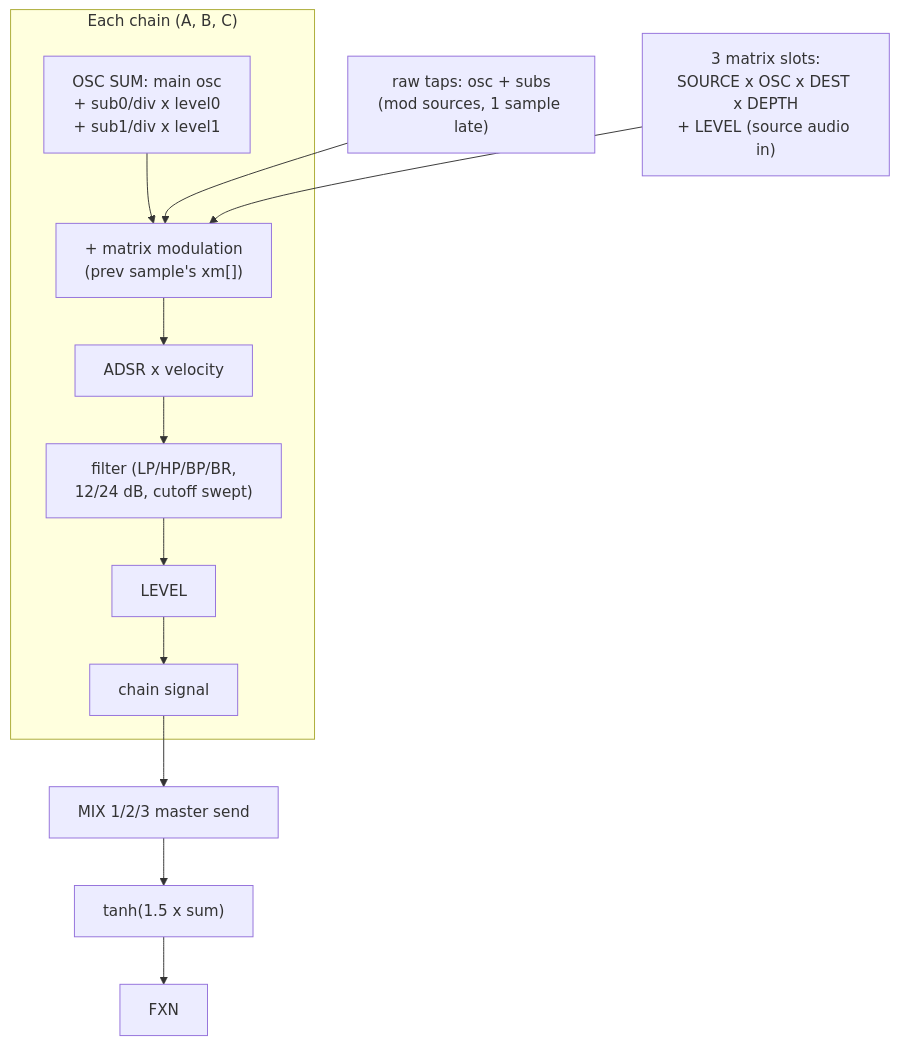
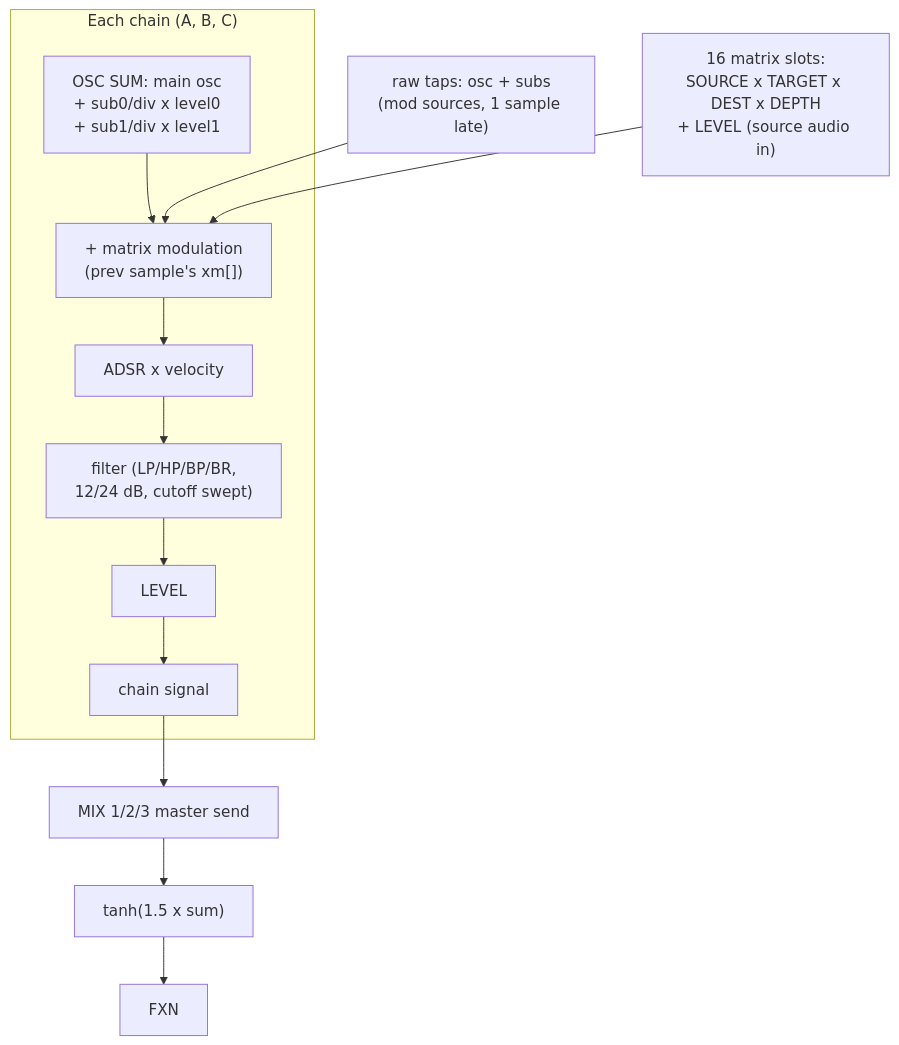
Before and after one commit to Ophis-Works/ophis-drone: the second of 2 diagrams in ARCHITECTURE.md, drawn with Mermaid. The commit also changed other lines of this file and 6 other files, not shown here.

Commit message:
Document the 16-slot matrix and the active-only preset format

````diff
--- a/ARCHITECTURE.md
+++ b/ARCHITECTURE.md
@@ -41,15 +41,15 @@
 ```mermaid
 flowchart TB
     subgraph CHAIN["Each chain (A, B, C)"]
         OSC["OSC SUM: main osc<br/>+ sub0/div x level0<br/>+ sub1/div x level1"]
         XM["+ matrix modulation<br/>(prev sample's xm[])"]
         ENV["ADSR x velocity"]
         FLT["filter (LP/HP/BP/BR,<br/>12/24 dB, cutoff swept)"]
         LVL["LEVEL"]
         OUT["chain signal"]
         OSC --> XM --> ENV --> FLT --> LVL --> OUT
     end
     RAW["raw taps: osc + subs<br/>(mod sources, 1 sample late)"] --> XM
-    SLOT["3 matrix slots:<br/>SOURCE x OSC x DEST x DEPTH<br/>+ LEVEL (source audio in)"] --> XM
+    SLOT["16 matrix slots:<br/>SOURCE x TARGET x DEST x DEPTH<br/>+ LEVEL (source audio in)"] --> XM
     OUT --> MV["MIX 1/2/3 master send"] --> SUM["tanh(1.5 x sum)"] --> FXN
 ```
````
